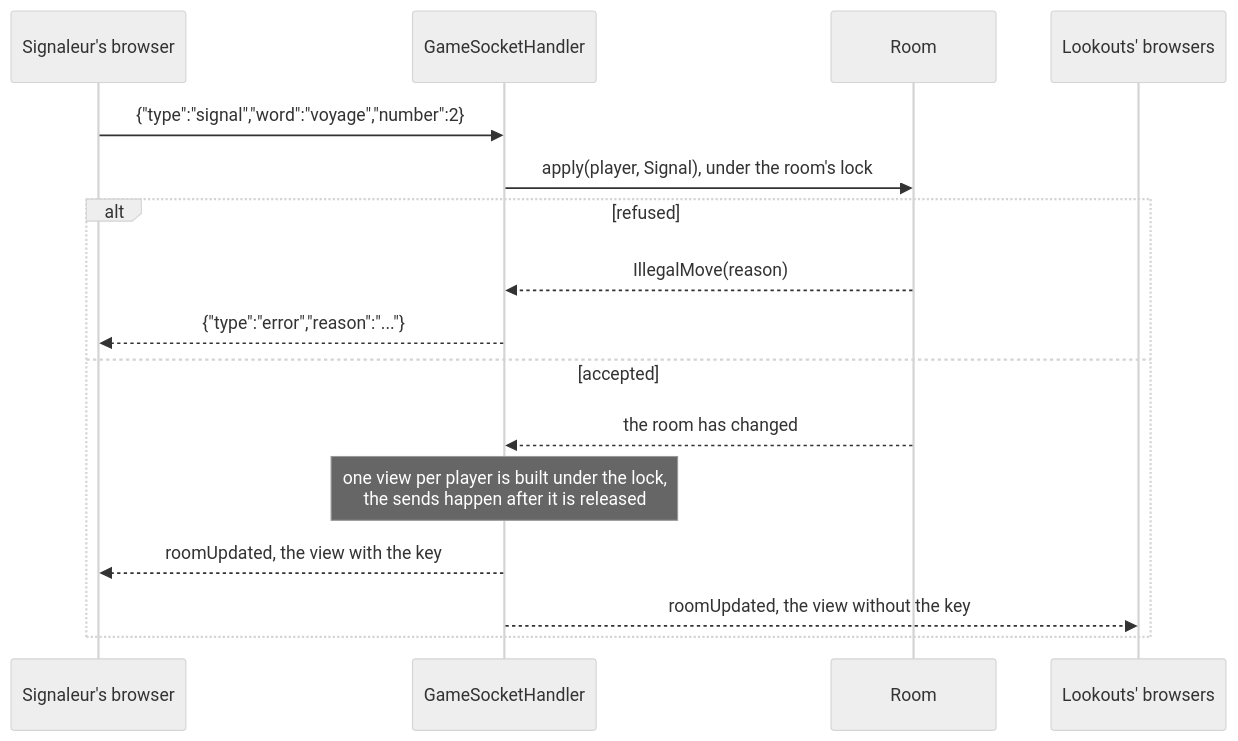
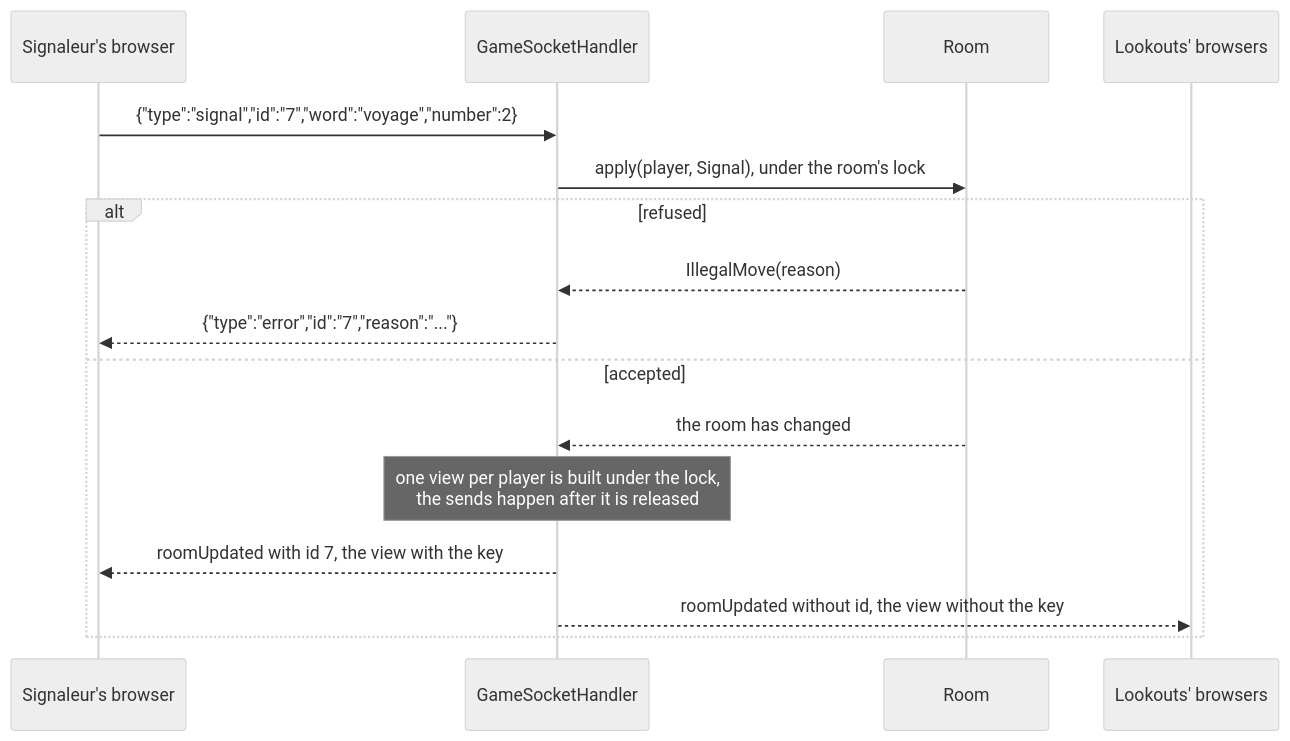
Before and after one commit to Didelo-lilian/semaphore: the second of 2 diagrams in docs/adr/0003-rooms-the-state-machine-and-the-protocol.md, drawn with Mermaid (neutral theme). The commit also changed other lines of this file and 17 other files, not shown here.

````diff
--- a/docs/adr/0003-rooms-the-state-machine-and-the-protocol.md
+++ b/docs/adr/0003-rooms-the-state-machine-and-the-protocol.md
@@ -54,18 +54,18 @@
 ```mermaid
 sequenceDiagram
   participant S as Signaleur's browser
   participant H as GameSocketHandler
   participant R as Room
   participant L as Lookouts' browsers
-  S->>H: {"type":"signal","word":"voyage","number":2}
+  S->>H: {"type":"signal","id":"7","word":"voyage","number":2}
   H->>R: apply(player, Signal), under the room's lock
   alt refused
     R-->>H: IllegalMove(reason)
-    H-->>S: {"type":"error","reason":"..."}
+    H-->>S: {"type":"error","id":"7","reason":"..."}
   else accepted
     R-->>H: the room has changed
     Note over H: one view per player is built under the lock,<br/>the sends happen after it is released
-    H-->>S: roomUpdated, the view with the key
-    H-->>L: roomUpdated, the view without the key
+    H-->>S: roomUpdated with id 7, the view with the key
+    H-->>L: roomUpdated without id, the view without the key
   end
 ```
````
